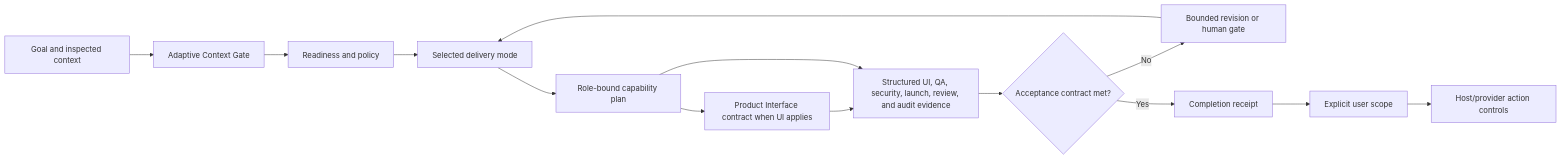
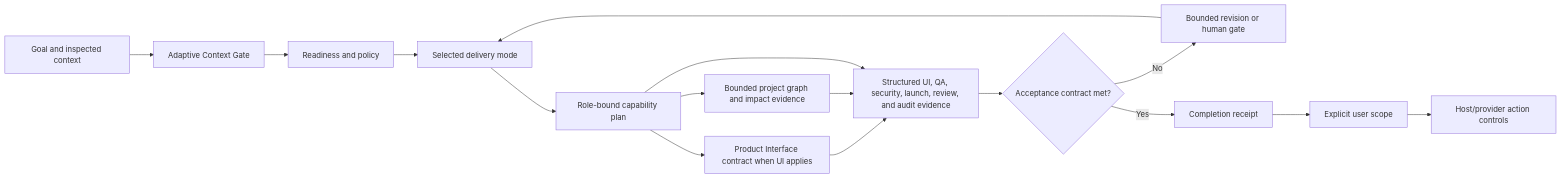
One commit to JarodFroneman/jstack changed the first of 2 diagrams in README.md. Above: the diagram before and after it, drawn with Mermaid. The commit also changed other lines of this file and 83 other files, not shown here.

First line of the commit message:
release: JStack v0.12.0 Graphify Project Intelligence (#38)

````diff
--- a/README.md
+++ b/README.md
@@ -183,16 +203,18 @@
 ```mermaid
 flowchart LR
     A[Goal and inspected context] --> Q[Adaptive Context Gate]
     Q --> B[Readiness and policy]
     B --> C[Selected delivery mode]
     C --> K[Role-bound capability plan]
+    K --> PI[Bounded project graph and impact evidence]
     K --> UI[Product Interface contract when UI applies]
     UI --> D[Structured UI, QA, security, launch, review, and audit evidence]
+    PI --> D
     K --> D
     D --> E{Acceptance contract met?}
     E -- No --> F[Bounded revision or human gate]
     F --> C
     E -- Yes --> G[Completion receipt]
     G --> H[Explicit user scope]
     H --> I[Host/provider action controls]
 ```
````
